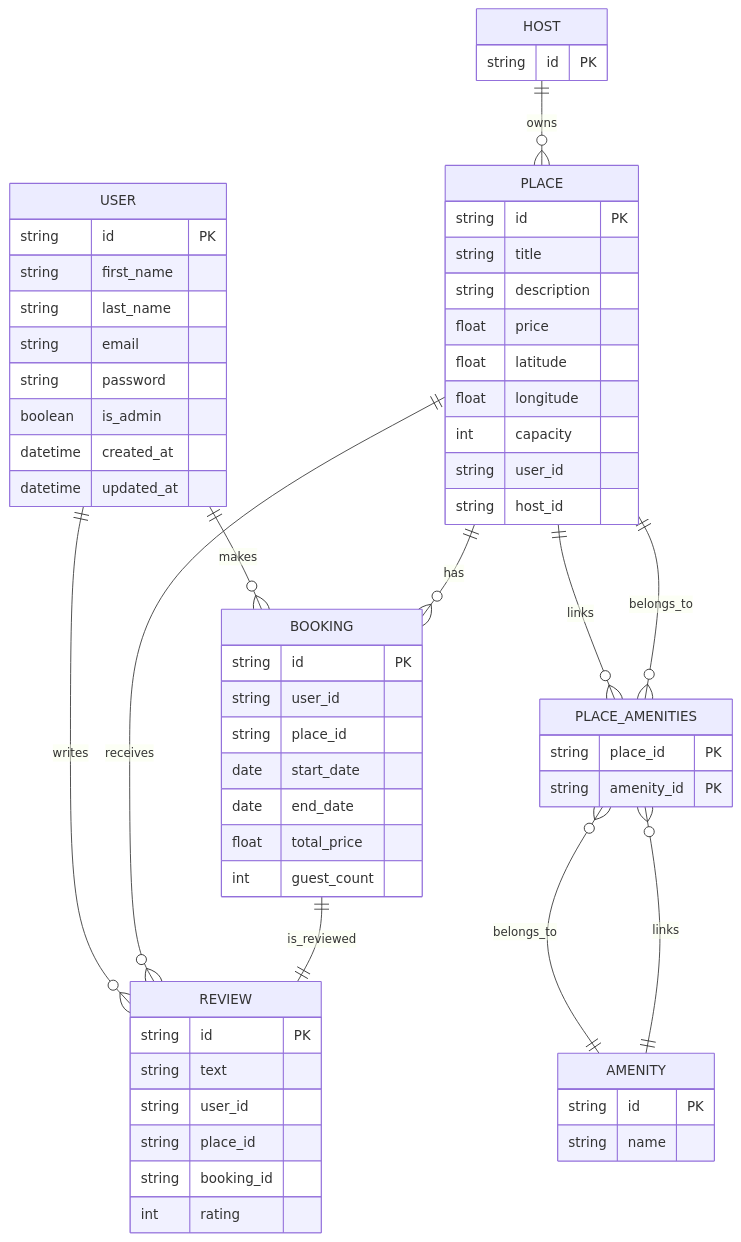
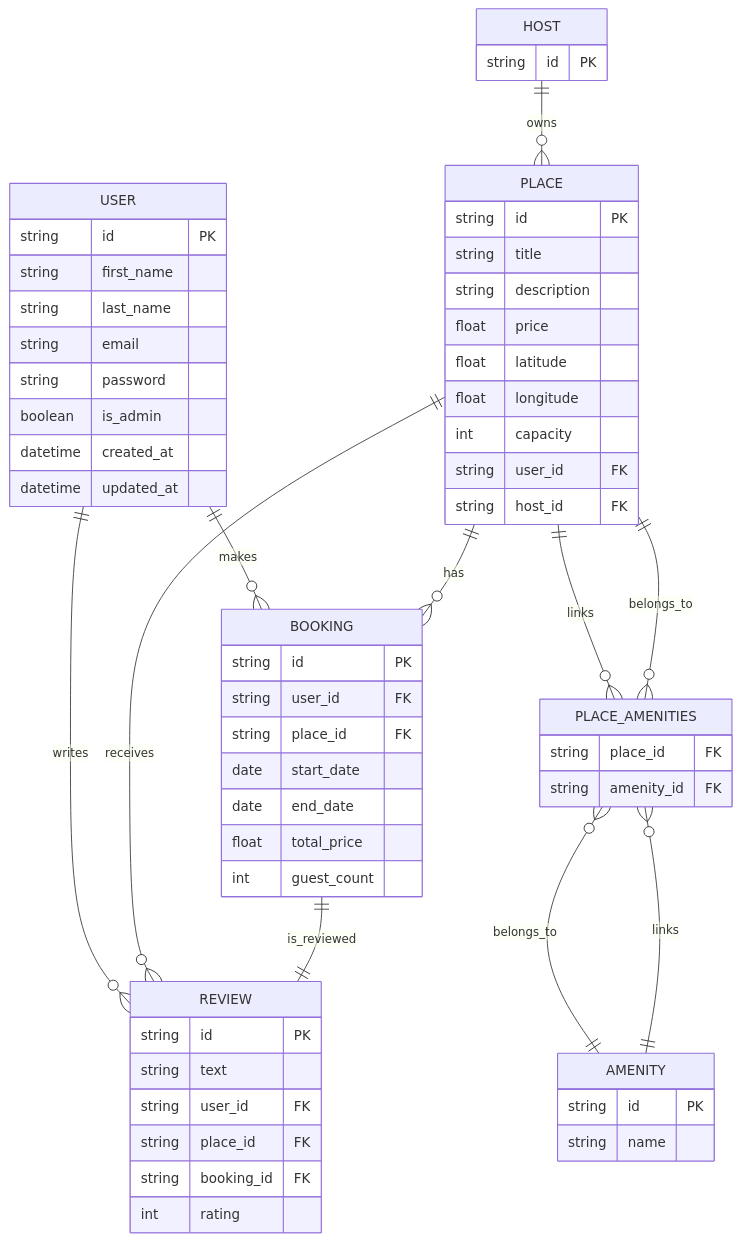
Before and after one commit to jerome244/holbertonschool-hbnb: the diagram in part3/hbnb/README.md, drawn with Mermaid.

Commit message:
fix : add FK

````diff
--- a/part3/hbnb/README.md
+++ b/part3/hbnb/README.md
@@ -178,63 +178,63 @@
 ```mermaid
 erDiagram
   USER {
     string id PK
     string first_name
     string last_name
     string email
     string password
     boolean is_admin
     datetime created_at
     datetime updated_at
   }
   HOST {
     string id PK
   }
   PLACE {
     string id PK
     string title
     string description
     float price
     float latitude
     float longitude
     int capacity
-    string user_id
-    string host_id
+    string user_id FK
+    string host_id FK
   }
   BOOKING {
     string id PK
-    string user_id
-    string place_id
+    string user_id FK
+    string place_id FK
     date start_date
     date end_date
     float total_price
     int guest_count
   }
   REVIEW {
     string id PK
     string text
-    string user_id
-    string place_id
-    string booking_id
+    string user_id FK
+    string place_id FK
+    string booking_id FK
     int rating
   }
   AMENITY {
     string id PK
     string name
   }
   PLACE_AMENITIES {
-    string place_id PK
-    string amenity_id PK
+    string place_id FK
+    string amenity_id FK
   }
 
   USER ||--o{ BOOKING : makes
   USER ||--o{ REVIEW : writes
   HOST ||--o{ PLACE : owns
   PLACE ||--o{ BOOKING : has
   PLACE ||--o{ REVIEW : receives
   BOOKING ||--|| REVIEW : is_reviewed
   PLACE ||--o{ PLACE_AMENITIES : links
   AMENITY ||--o{ PLACE_AMENITIES : links
   PLACE_AMENITIES }o--|| PLACE : belongs_to
   PLACE_AMENITIES }o--|| AMENITY : belongs_to
 ```
````
